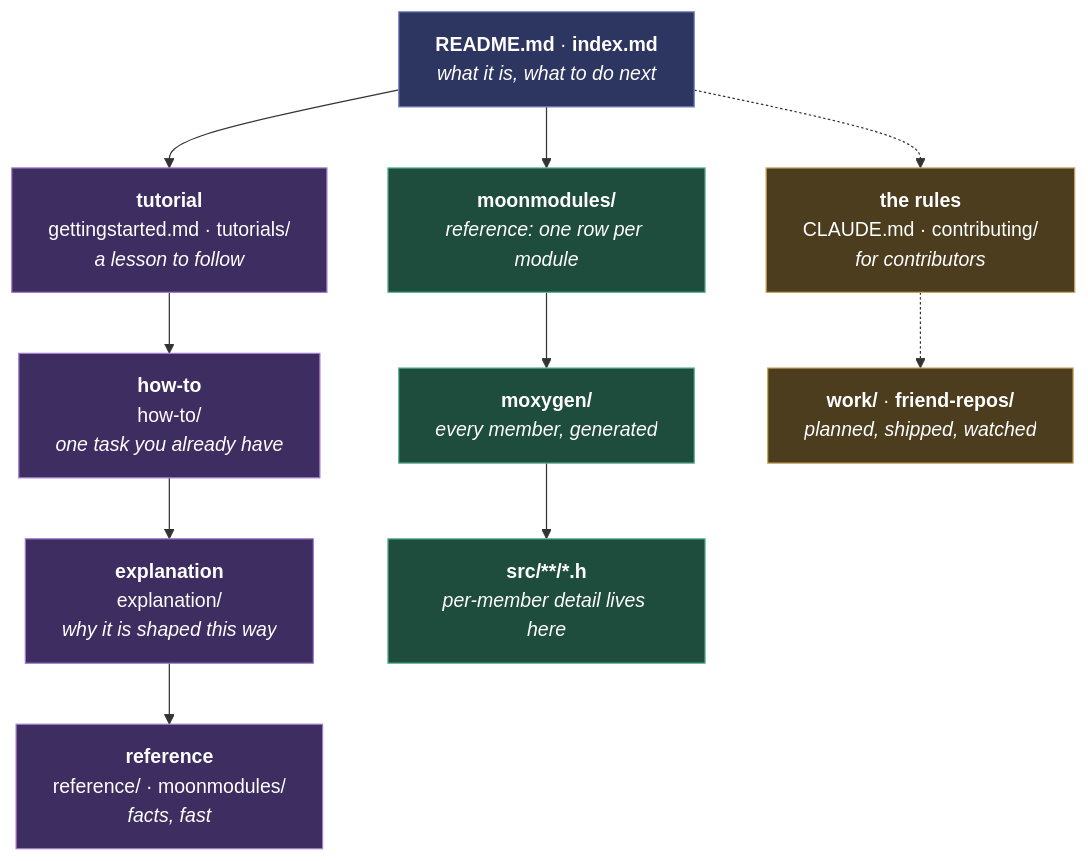
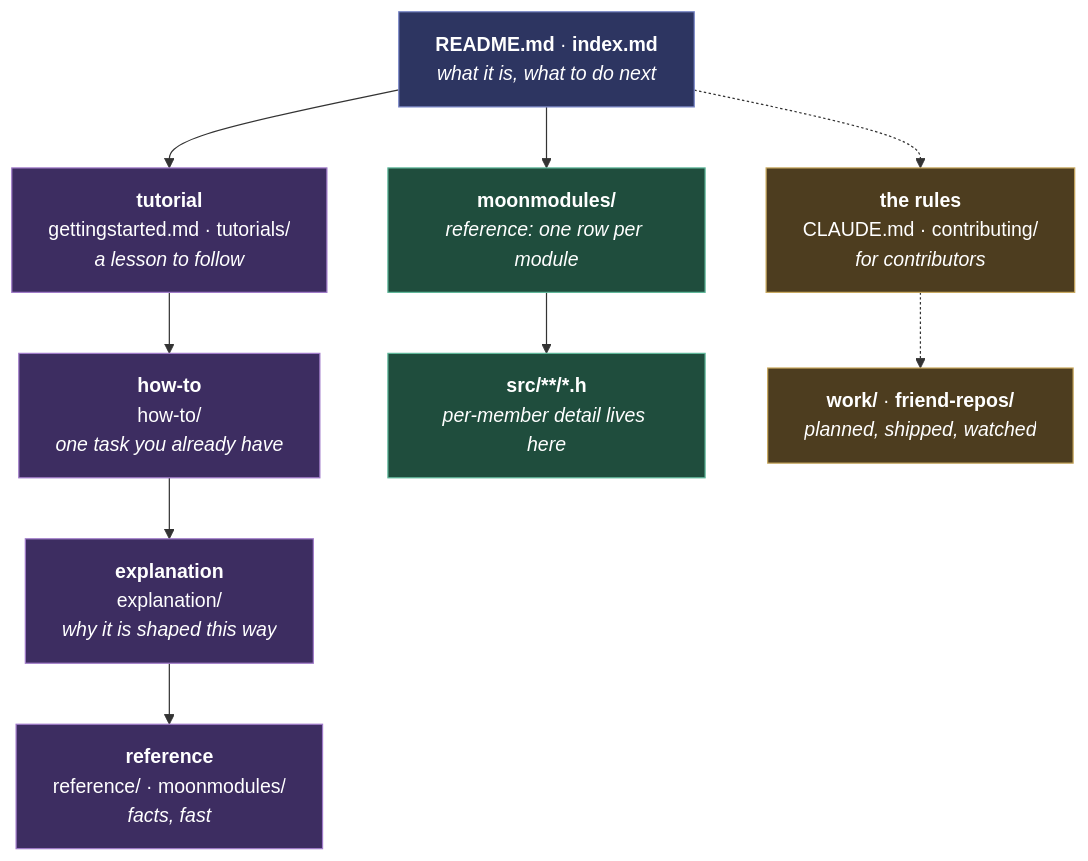
The first of 2 diagrams in docs/contributing/documentation-standards.md (MoonModules/MoonLight), drawn with Mermaid before and after one commit. The commit also changed other lines of this file and 96 other files, not shown here.

````diff
--- a/docs/contributing/documentation-standards.md
+++ b/docs/contributing/documentation-standards.md
@@ -13,30 +13,29 @@
 ```mermaid
 flowchart TB
     entry["<b>README.md</b> · <b>index.md</b><br/><i>what it is, what to do next</i>"]
 
     tut["<b>tutorial</b><br/>gettingstarted.md · tutorials/<br/><i>a lesson to follow</i>"]
     how["<b>how-to</b><br/>how-to/<br/><i>one task you already have</i>"]
     exp["<b>explanation</b><br/>explanation/<br/><i>why it is shaped this way</i>"]
     ref["<b>reference</b><br/>reference/ · moonmodules/<br/><i>facts, fast</i>"]
 
     mod["<b>moonmodules/</b><br/><i>reference: one row per module</i>"]
-    mox["<b>moxygen/</b><br/><i>every member, generated</i>"]
     hdr["<b>src/**/*.h</b><br/><i>per-member detail lives here</i>"]
 
     rules["<b>the rules</b><br/>CLAUDE.md · contributing/<br/><i>for contributors</i>"]
     outside["<b>work/</b> · <b>friend-repos/</b><br/><i>planned, shipped, watched</i>"]
 
     entry --> tut --> how --> exp --> ref
-    entry --> mod --> mox --> hdr
+    entry --> mod --> hdr
     entry -.-> rules
     rules -.-> outside
 
     classDef entryCell fill:#2d3561,stroke:#7b88c9,color:#fff
     classDef diataxis fill:#3d2d61,stroke:#a07bc9,color:#fff
     classDef generated fill:#1f4d3d,stroke:#5fb89a,color:#fff
     classDef outsideGrid fill:#4d3d1f,stroke:#c9a95f,color:#fff
     class entry entryCell
     class tut,how,exp,ref diataxis
-    class mod,mox,hdr generated
+    class mod,hdr generated
     class rules,outside outsideGrid
 ```
````
